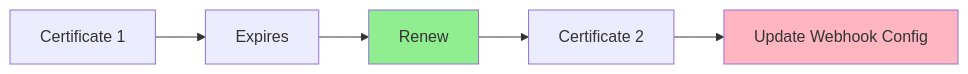
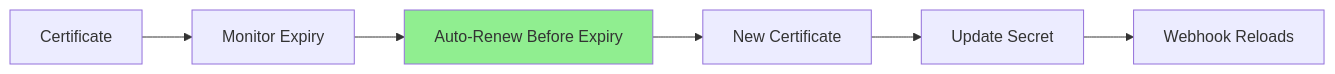
Before and after one commit to piyushjajoo/k8s-operators-course: the sixth of 6 diagrams in module-05/lessons/04-webhook-deployment.md, drawn with Mermaid. The commit also changed other lines of this file and 4 other files, not shown here.

````diff
--- a/module-05/lessons/04-webhook-deployment.md
+++ b/module-05/lessons/04-webhook-deployment.md
@@ -288,10 +253,10 @@
 ```mermaid
 graph LR
-    CERT1[Certificate 1] --> EXPIRES[Expires]
-    EXPIRES --> RENEW[Renew]
-    RENEW --> CERT2[Certificate 2]
-    CERT2 --> UPDATE[Update Webhook Config]
+    CERT1[Certificate] --> MONITOR[Monitor Expiry]
+    MONITOR --> RENEW[Auto-Renew Before Expiry]
+    RENEW --> CERT2[New Certificate]
+    CERT2 --> UPDATE[Update Secret]
+    UPDATE --> RELOAD[Webhook Reloads]
     
     style RENEW fill:#90EE90
-    style UPDATE fill:#FFB6C1
 ```
````
